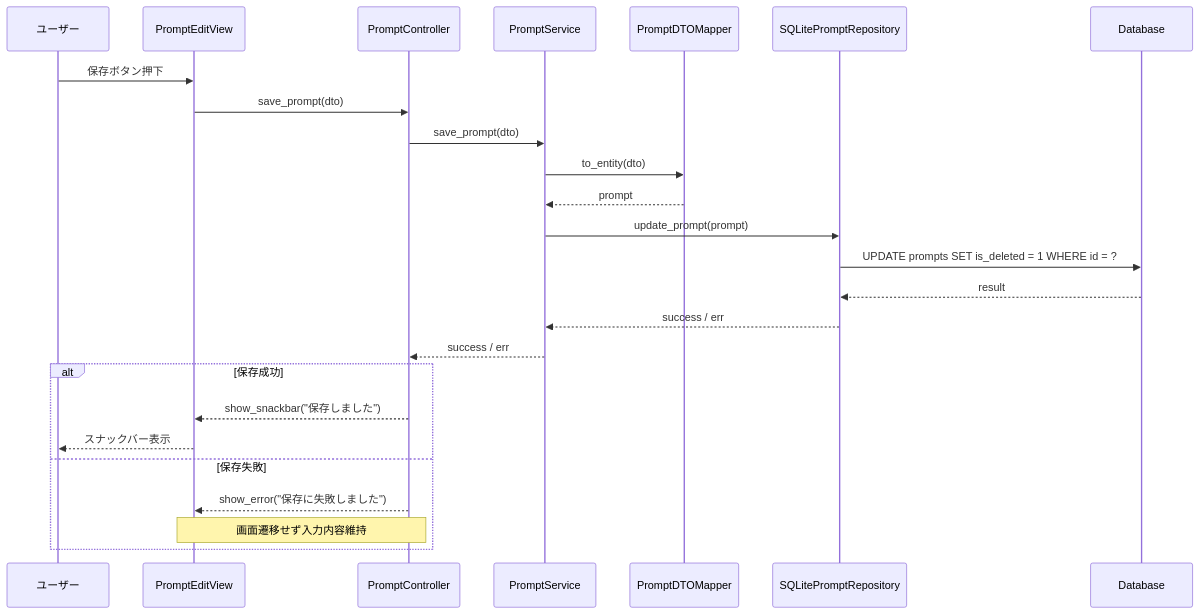
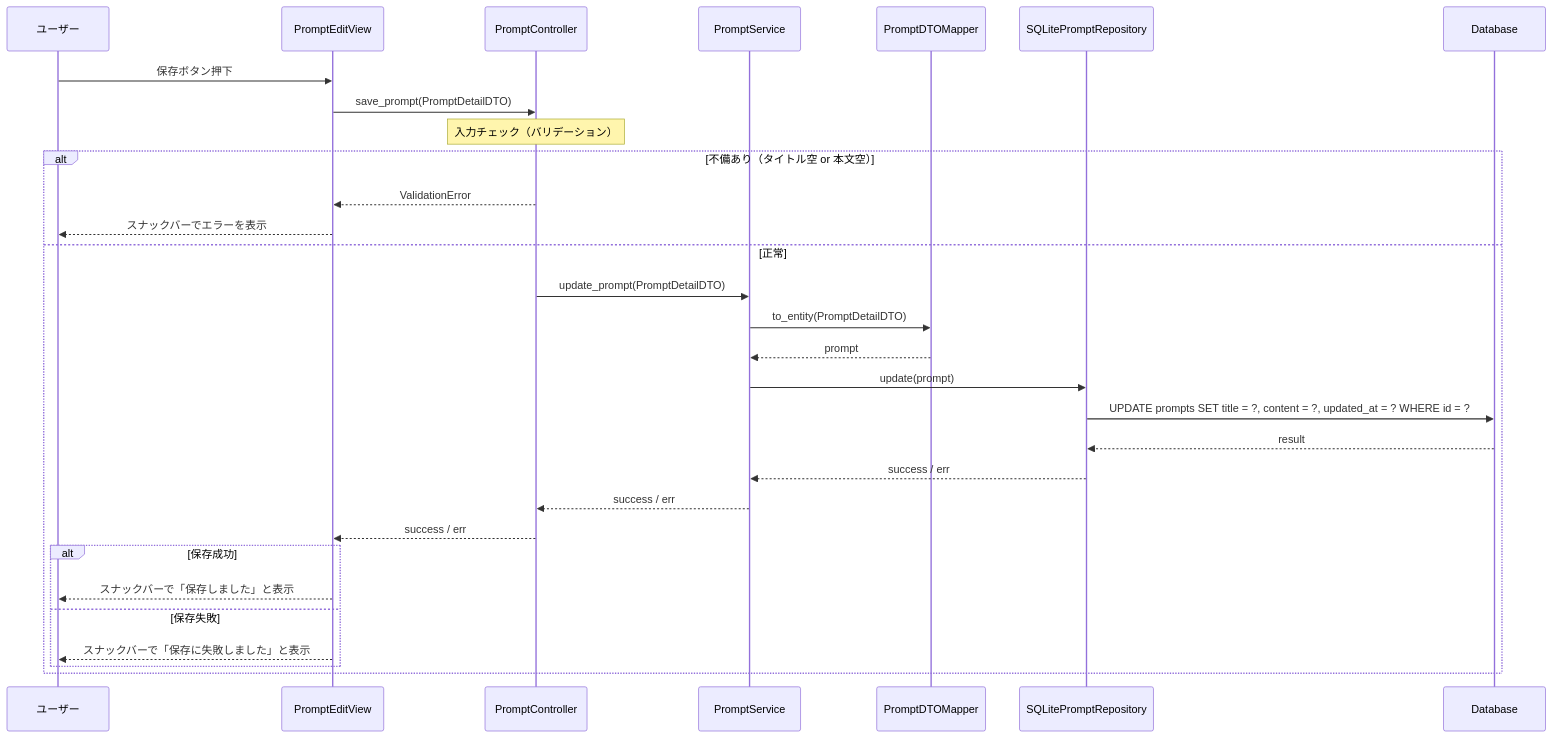
The third of 8 diagrams in docs/06_sequence_diagram.md (kuronyanko1108/prompt-manager), drawn with Mermaid before and after one commit. The commit also changed other lines of this file and 1 other file, not shown here.

Commit message:
update class_diagram,sequence_diagram

````diff
--- a/docs/06_sequence_diagram.md
+++ b/docs/06_sequence_diagram.md
@@ -70,32 +87,39 @@
 ```mermaid
 sequenceDiagram
 participant user as ユーザー
 participant view as PromptEditView
 participant ctrl as PromptController
 participant service as PromptService
 participant dto_mapper as PromptDTOMapper
 participant repository as SQLitePromptRepository
 participant db as Database
 
     user ->> view: 保存ボタン押下
-    view ->> ctrl: save_prompt(dto)
+    view ->> ctrl: save_prompt(PromptDetailDTO)
 
-    ctrl ->> service: save_prompt(dto)
+    Note over ctrl: 入力チェック（バリデーション）
+alt 不備あり（タイトル空 or 本文空）
+    ctrl -->> view: ValidationError
+    view -->> user : スナックバーでエラーを表示
+else 正常
 
-    service ->> dto_mapper: to_entity(dto)
+    ctrl ->> service: update_prompt(PromptDetailDTO)
+
+    service ->> dto_mapper: to_entity(PromptDetailDTO)
     dto_mapper -->> service: prompt
 
-    service ->> repository: update_prompt(prompt)
-    repository ->> db: UPDATE prompts SET is_deleted = 1    WHERE id = ?;
+    service ->> repository: update(prompt)
+    repository ->> db: UPDATE prompts SET title = ?, content = ?, updated_at = ? WHERE id = ?;
     db -->> repository: result
     repository -->> service: success / err
 
         service -->> ctrl: success / err
+        ctrl -->> view: success / err
+
     alt 保存成功
-        ctrl -->> view: show_snackbar("保存しました")
-        view -->> user: スナックバー表示
+        view -->> user: スナックバーで「保存しました」と表示
     else 保存失敗
-        ctrl -->> view: show_error("保存に失敗しました")
-        Note over ctrl,view: 画面遷移せず入力内容維持
+        view -->> user: スナックバーで「保存に失敗しました」と表示
     end
+end
 ```
````
